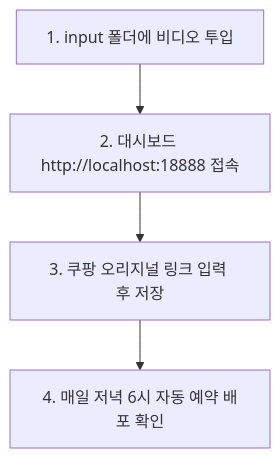
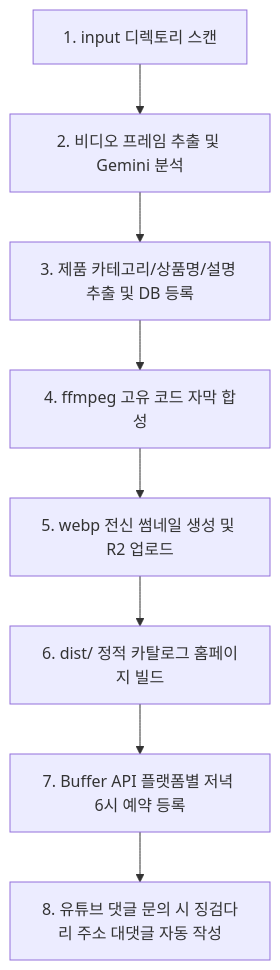
Before and after one commit to WisdomMax/auto-upload-video: the diagram in start.md, drawn with Mermaid. The commit also changed other lines of this file, not shown here.

````diff
--- a/start.md
+++ b/start.md
@@ -7,6 +7,10 @@
 ```mermaid
 graph TD
-    A[1. input 폴더에 비디오 투입] --> B[2. 대시보드 http://localhost:18888 접속]
-    B --> C[3. 쿠팡 오리지널 링크 입력 후 저장]
-    C --> D[4. 매일 저녁 6시 자동 예약 배포 확인]
+    A[1. input 디렉토리 스캔] --> B[2. 비디오 프레임 추출 및 Gemini 분석]
+    B --> C[3. 제품 카테고리/상품명/설명 추출 및 DB 등록]
+    C --> D[4. ffmpeg 고유 코드 자막 합성]
+    D --> E[5. webp 전신 썸네일 생성 및 R2 업로드]
+    E --> F[6. dist/ 정적 카탈로그 홈페이지 빌드]
+    F --> G[7. Buffer API 플랫폼별 저녁 6시 예약 등록]
+    G --> H[8. 유튜브 댓글 문의 시 징검다리 주소 대댓글 자동 작성]
 ```
````
